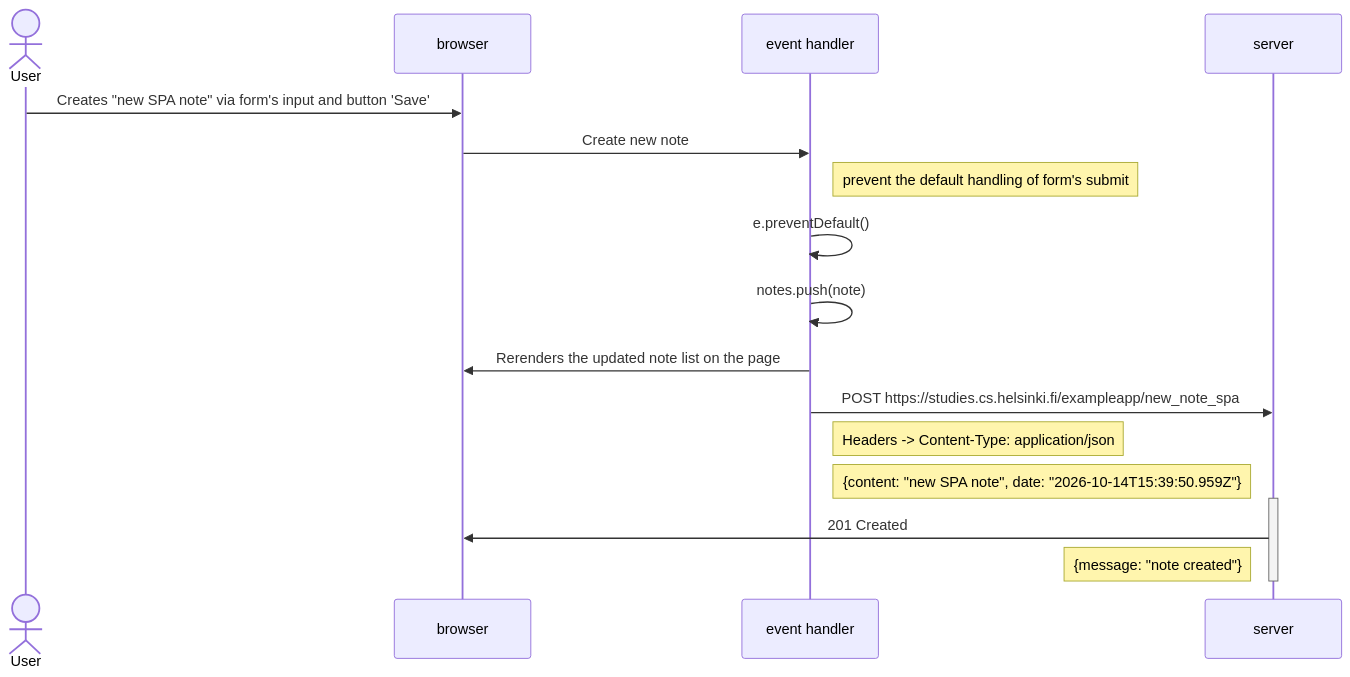
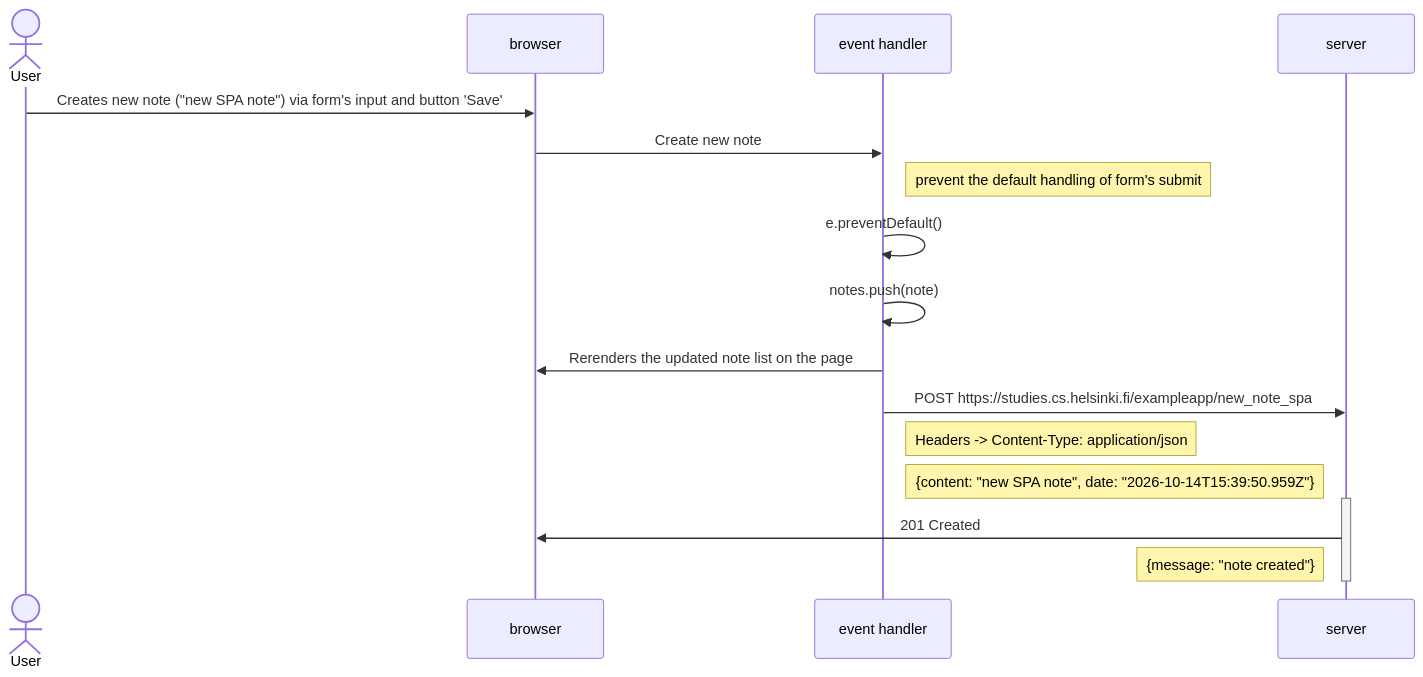
Before and after one commit to Anna-Gladush/fullstackopen: the diagram in part0/06_spa_new_note_diagram.md, drawn with Mermaid. The commit also changed 2 other files, not shown here.

Commit message:
fix: final touches before submitting

````diff
--- a/part0/06_spa_new_note_diagram.md
+++ b/part0/06_spa_new_note_diagram.md
@@ -1,22 +1,22 @@
 ```mermaid
 sequenceDiagram
     actor User
     participant browser
     participant event handler
     participant server
 
-    User->>browser: Creates "new SPA note" via form's input and button 'Save'
+    User->>browser: Creates new note ("new SPA note") via form's input and button 'Save'
     browser->>event handler: Create new note
         Note right of event handler: prevent the default handling of form's submit
     event handler->> event handler:  e.preventDefault()
     event handler ->> event handler: notes.push(note)
     event handler->>browser: Rerenders the updated note list on the page
     event handler->>server: POST https://studies.cs.helsinki.fi/exampleapp/new_note_spa
 Note right of event handler: Headers -> Content-Type: application/json
     Note right of event handler: {content: "new SPA note", date: "2026-10-14T15:39:50.959Z"}
     activate server
     server->>browser: 201 Created
     Note left of server: {message: "note created"}
     deactivate server
 
 ```
````
